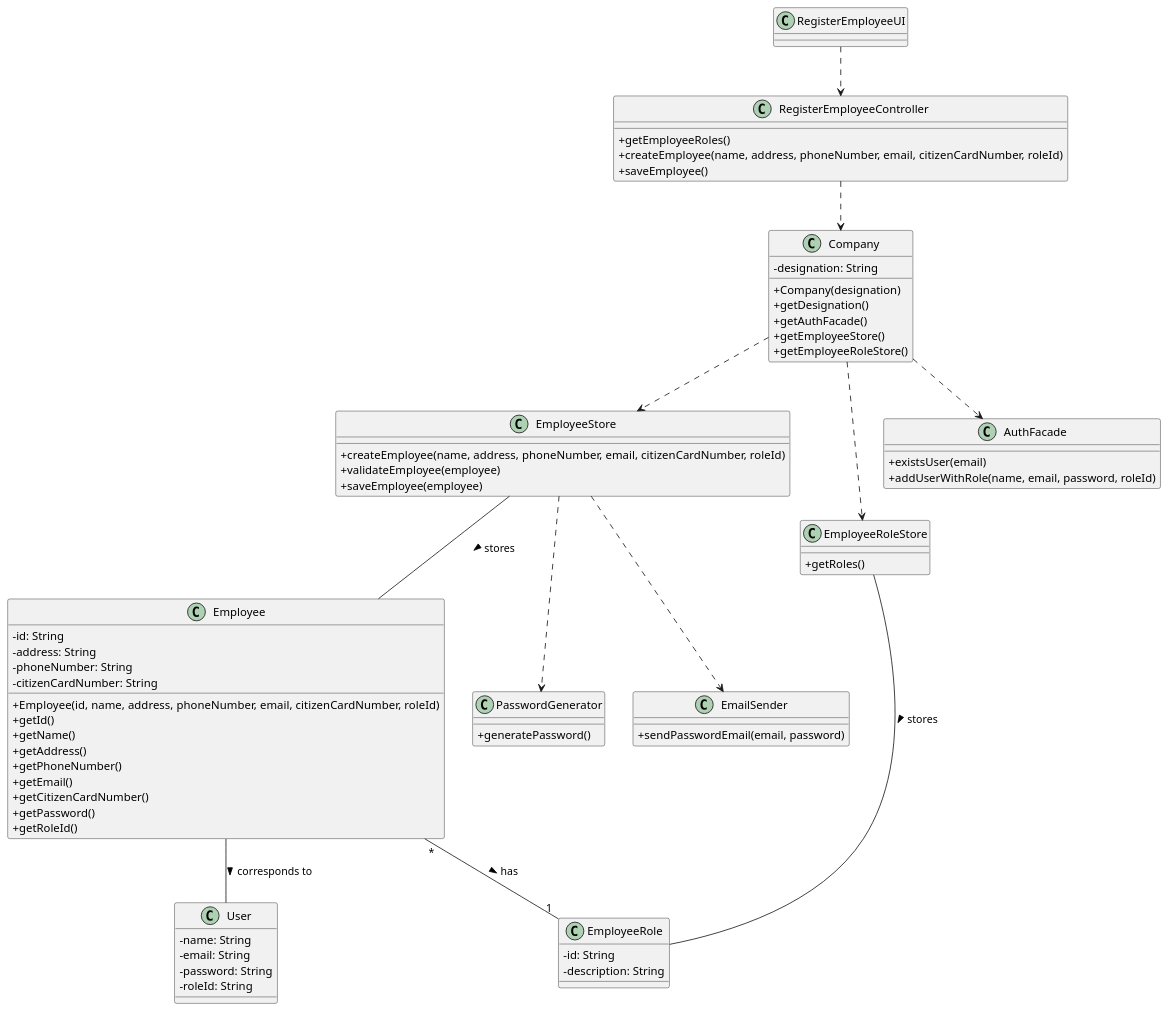
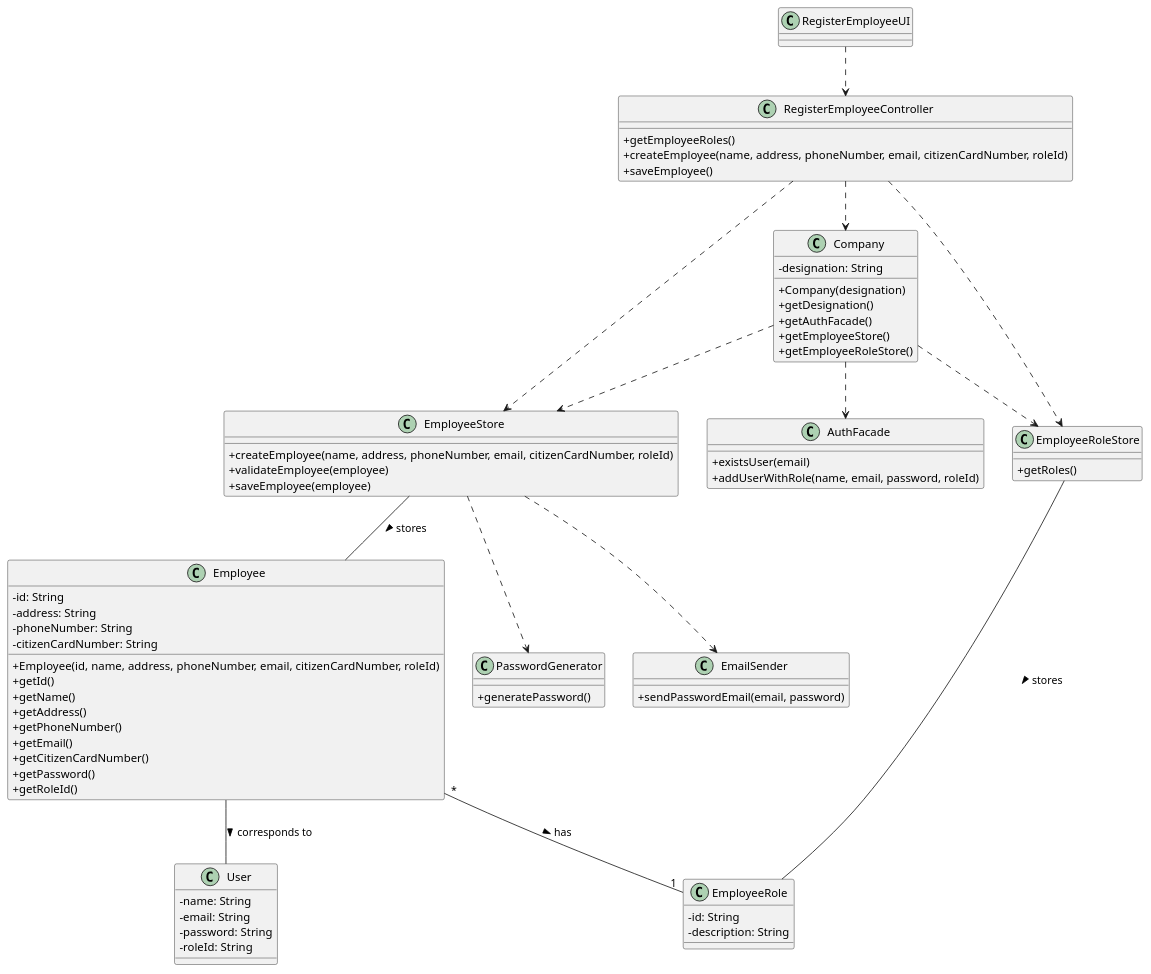
One commit to miseEnPlace-i/lapr2 changed the diagram in docs/SprintB/US10/CD/US10_CD.puml. Above: the diagram before and after it, drawn with PlantUML.

Commit message:
docs(us-10): added controller to stores

```diff
--- a/docs/SprintB/US10/CD/US10_CD.puml
+++ b/docs/SprintB/US10/CD/US10_CD.puml
@@ -1,94 +1,94 @@
 @startuml US10_CD
 skinparam classAttributeIconSize 0
 
 class RegisterEmployeeUI {
 }
 
 class RegisterEmployeeController {
   +getEmployeeRoles()
   +createEmployee(name, address, phoneNumber, email, citizenCardNumber, roleId)
   +saveEmployee()
 }
 
 class Company {
   -designation: String
   +Company(designation)
   +getDesignation()
   +getAuthFacade()
   +getEmployeeStore()
   +getEmployeeRoleStore()
 }
 
 class EmployeeStore {
   +createEmployee(name, address, phoneNumber, email, citizenCardNumber, roleId)
   +validateEmployee(employee)
   +saveEmployee(employee)
 }
 
 class Employee {
   -id: String
   -address: String
   -phoneNumber: String
   -citizenCardNumber: String
   +Employee(id, name, address, phoneNumber, email, citizenCardNumber, roleId)
   +getId()
   +getName()
   +getAddress()
   +getPhoneNumber()
   +getEmail()
   +getCitizenCardNumber()
   +getPassword()
   +getRoleId()
 }
 
 class EmployeeRoleStore {
   +getRoles()
 }
 
 class AuthFacade {
   +existsUser(email)
   +addUserWithRole(name, email, password, roleId)
 }
 
 class PasswordGenerator {
   +generatePassword()
 }
 
 class EmailSender {
   +sendPasswordEmail(email, password)
 }
 
 class User {
   -name: String
   -email: String
   -password: String
   -roleId: String
 }
 
 class EmployeeRole {
   -id: String
   -description: String
 }
 
 RegisterEmployeeUI ..> RegisterEmployeeController
 
-' RegisterEmployeeController ..> EmployeeStore
+RegisterEmployeeController ..> EmployeeStore
 RegisterEmployeeController ..> Company
 ' RegisterEmployeeController ..> AuthFacade
-' RegisterEmployeeController ..> EmployeeRoleStore
+RegisterEmployeeController ..> EmployeeRoleStore
 
 ' EmployeeStore ..> AuthFacade
 EmployeeStore ..> PasswordGenerator
 EmployeeStore ..> EmailSender
 EmployeeStore -- Employee : stores >
 
 Company ..> AuthFacade
 Company ..> EmployeeStore
 Company ..> EmployeeRoleStore
 
 Employee -- User : corresponds to >
 Employee "*" -- "1" EmployeeRole : has >
 
 EmployeeRoleStore -- EmployeeRole : stores >
 
 @enduml
```
